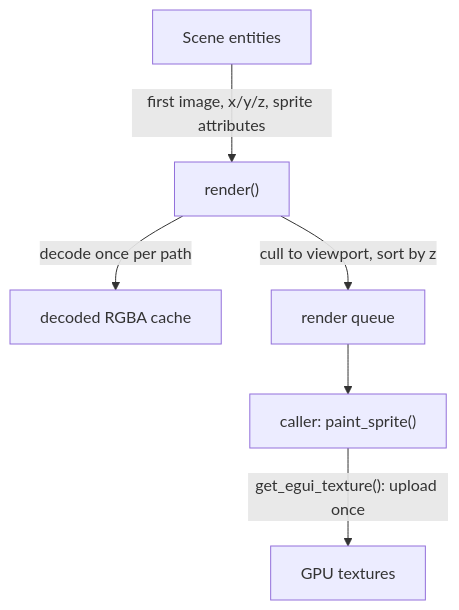
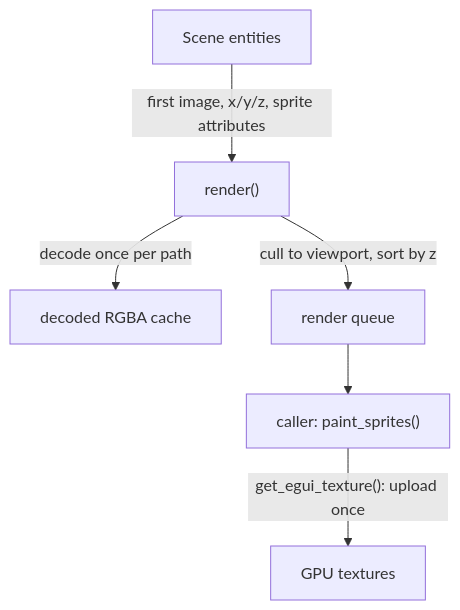
One commit to gh0stintheshe11/Rust-2D-Game-Engine changed the diagram in docs/render.md. Above: the diagram before and after it, drawn with Mermaid. The commit also changed other lines of this file and 4 other files, not shown here.

````diff
--- a/docs/render.md
+++ b/docs/render.md
@@ -21,8 +22,8 @@
 ```mermaid
 graph TD
     S[Scene entities] -->|"first image, x/y/z, sprite attributes"| R["render()"]
     R -->|"decode once per path"| TC["decoded RGBA cache"]
     R -->|"cull to viewport, sort by z"| Q[render queue]
-    Q --> P["caller: paint_sprite()"]
+    Q --> P["caller: paint_sprites()"]
     P -->|"get_egui_texture(): upload once"| GT["GPU textures"]
 ```
````
